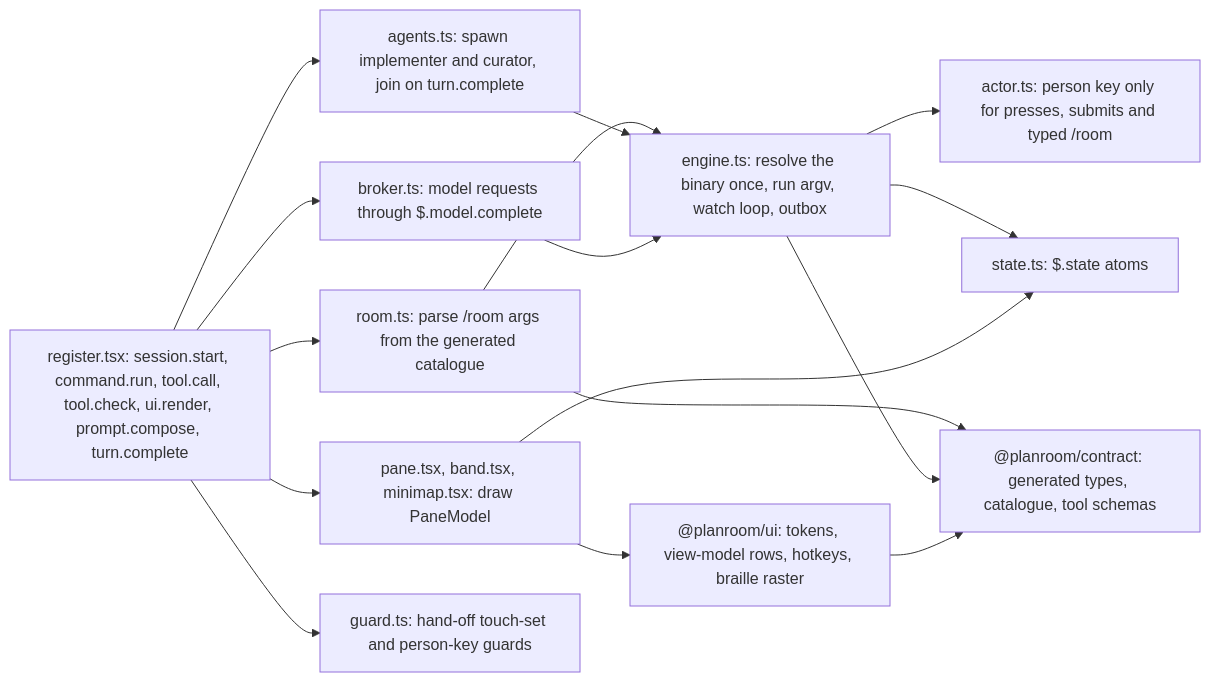
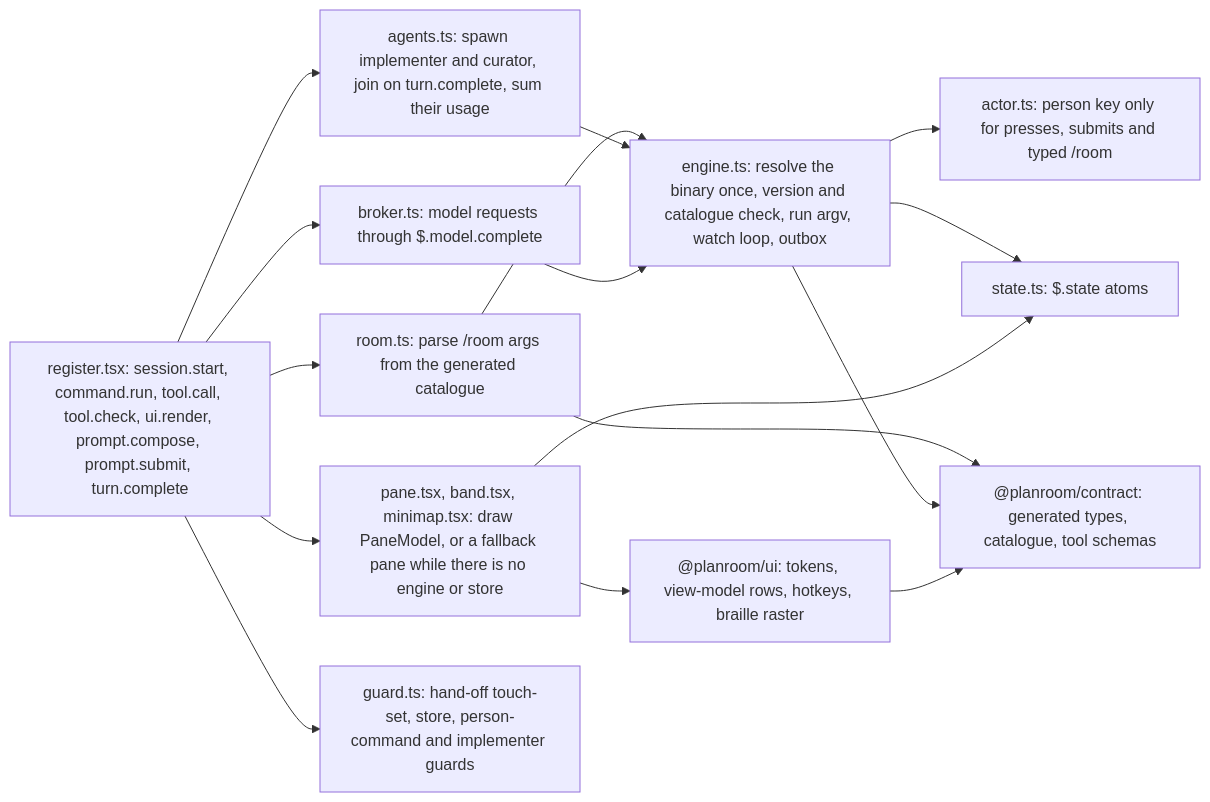
The fourth of 7 diagrams in docs/contributing/architecture.md (doodla/planroom), drawn with Mermaid before and after one commit. The commit also changed other lines of this file and 9 other files, not shown here.

First line of the commit message:
Architecture review round 1: apply the fixes, owner follow-ups in DR-60

````diff
--- a/docs/contributing/architecture.md
+++ b/docs/contributing/architecture.md
@@ -201,29 +206,29 @@
 ```mermaid
 flowchart LR
-  reg["register.tsx: session.start, command.run, tool.call, tool.check, ui.render, prompt.compose, turn.complete"]
-  eng["engine.ts: resolve the binary once, run argv, watch loop, outbox"]
+  reg["register.tsx: session.start, command.run, tool.call, tool.check, ui.render, prompt.compose, prompt.submit, turn.complete"]
+  eng["engine.ts: resolve the binary once, version and catalogue check, run argv, watch loop, outbox"]
   actor["actor.ts: person key only for presses, submits and typed /room"]
   broker["broker.ts: model requests through $.model.complete"]
   room["room.ts: parse /room args from the generated catalogue"]
-  views["pane.tsx, band.tsx, minimap.tsx: draw PaneModel"]
-  agents["agents.ts: spawn implementer and curator, join on turn.complete"]
-  guard["guard.ts: hand-off touch-set and person-key guards"]
+  views["pane.tsx, band.tsx, minimap.tsx: draw PaneModel, or a fallback pane while there is no engine or store"]
+  agents["agents.ts: spawn implementer and curator, join on turn.complete, sum their usage"]
+  guard["guard.ts: hand-off touch-set, store, person-command and implementer guards"]
   state["state.ts: $.state atoms"]
   ui["@planroom/ui: tokens, view-model rows, hotkeys, braille raster"]
   gen["@planroom/contract: generated types, catalogue, tool schemas"]
   reg --> room
   reg --> views
   reg --> agents
   reg --> guard
   reg --> broker
   room --> eng
   agents --> eng
   broker --> eng
   eng --> actor
   eng --> state
   views --> state
   views --> ui
   room --> gen
   eng --> gen
   ui --> gen
 ```
````
